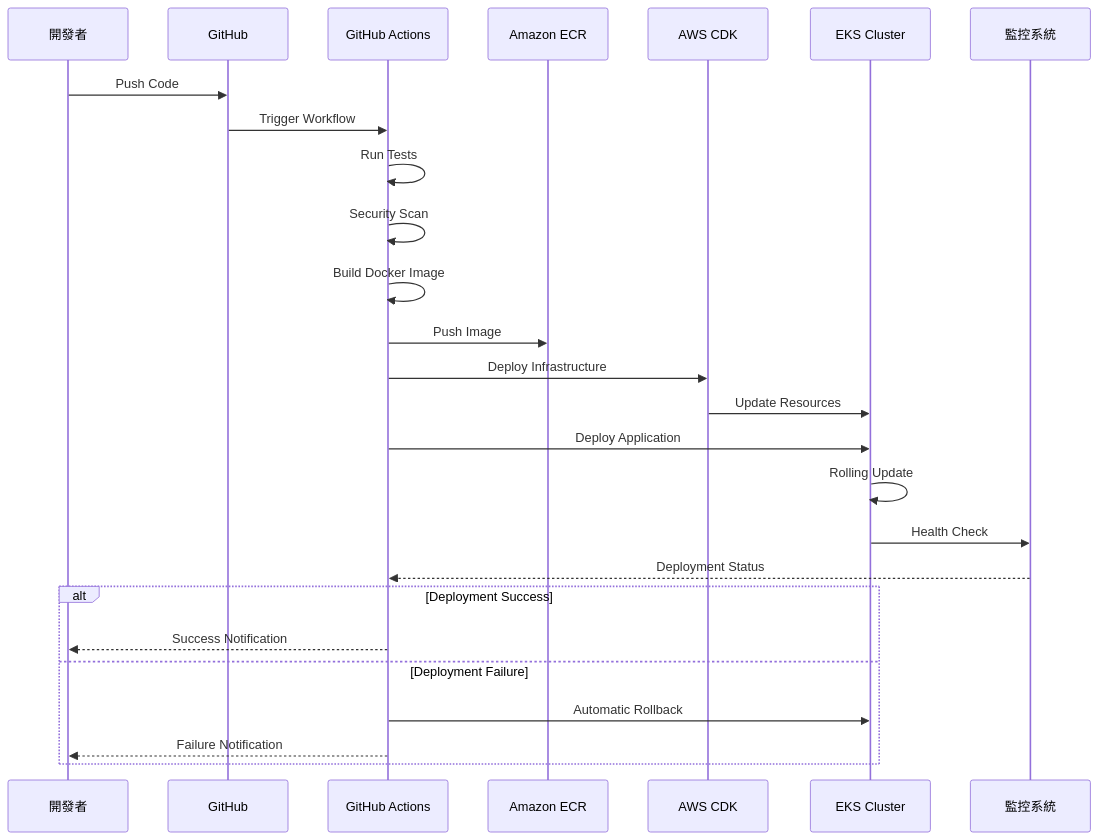
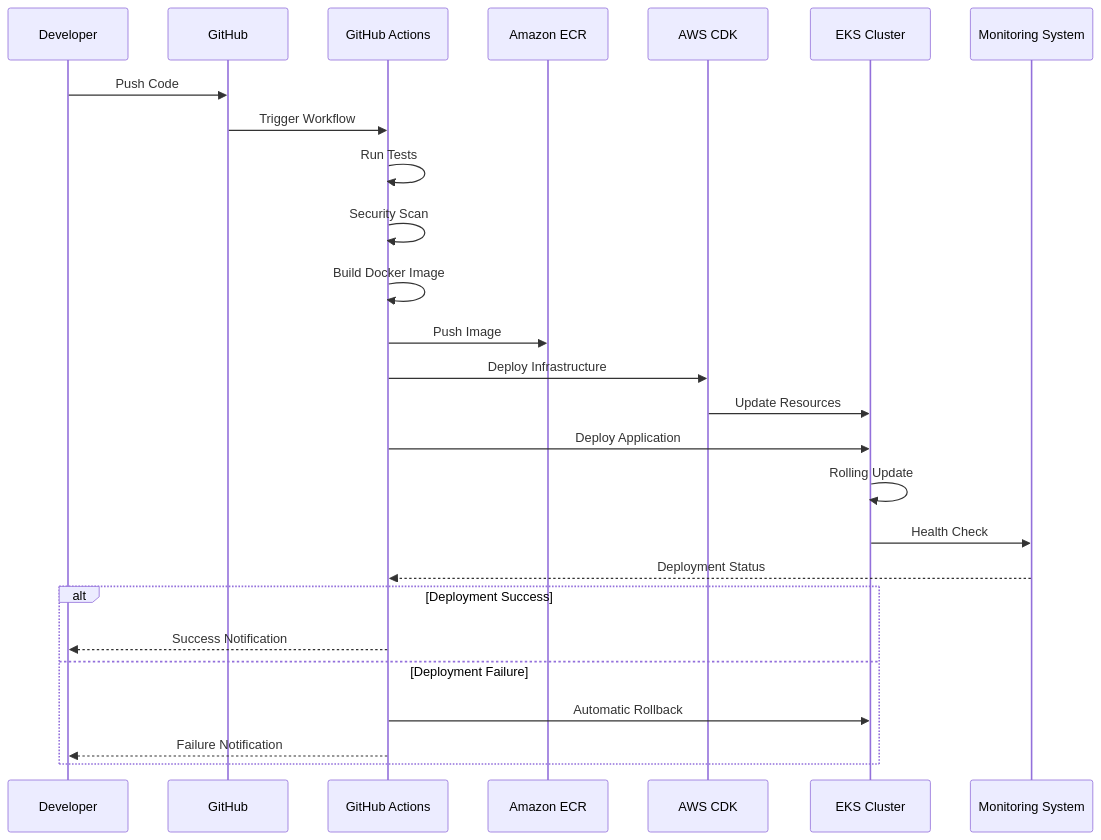
One commit to humank/genai-demo changed the second of 4 diagrams in docs/viewpoints/deployment/deployment-architecture.md. Above: the diagram before and after it, drawn with Mermaid. The commit also changed other lines of this file and 453 other files, not shown here.

First line of the commit message:
feat: Complete translation of key architecture and API documentation

````diff
--- a/docs/viewpoints/deployment/deployment-architecture.md
+++ b/docs/viewpoints/deployment/deployment-architecture.md
@@ -116,34 +116,34 @@
 ```mermaid
 sequenceDiagram
-    participant Dev as 開發者
+    participant Dev as Developer
     participant GitHub as GitHub
     participant Actions as GitHub Actions
     participant ECR as Amazon ECR
     participant CDK as AWS CDK
     participant EKS as EKS Cluster
-    participant Monitor as 監控系統
+    participant Monitor as Monitoring System
     
     Dev->>GitHub: Push Code
     GitHub->>Actions: Trigger Workflow
     
     Actions->>Actions: Run Tests
     Actions->>Actions: Security Scan
     Actions->>Actions: Build Docker Image
     Actions->>ECR: Push Image
     
     Actions->>CDK: Deploy Infrastructure
     CDK->>EKS: Update Resources
     
     Actions->>EKS: Deploy Application
     EKS->>EKS: Rolling Update
     
     EKS->>Monitor: Health Check
     Monitor-->>Actions: Deployment Status
     
     alt Deployment Success
         Actions-->>Dev: Success Notification
     else Deployment Failure
         Actions->>EKS: Automatic Rollback
         Actions-->>Dev: Failure Notification
     end
 ```
````
